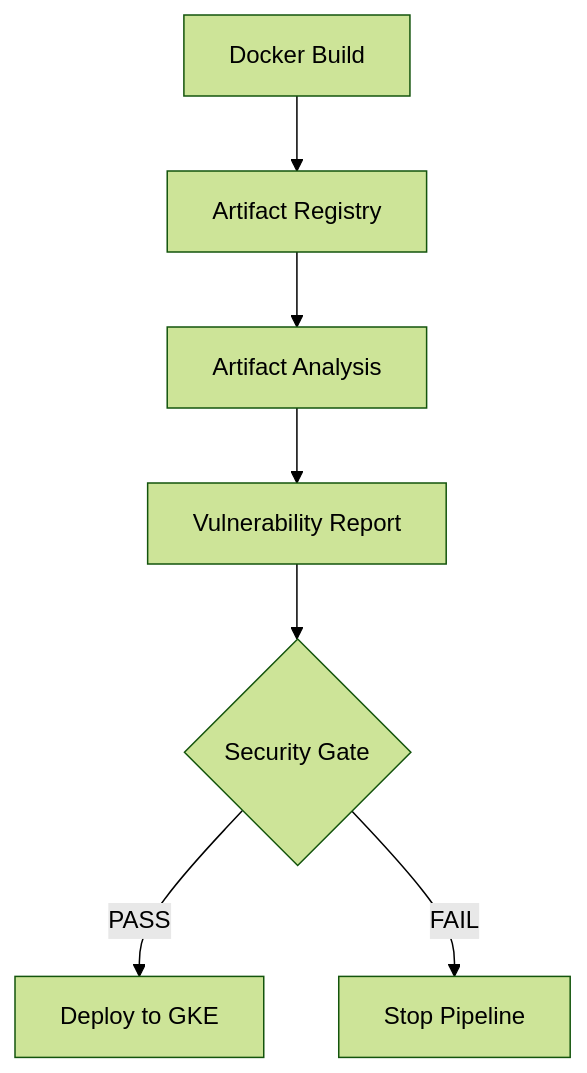
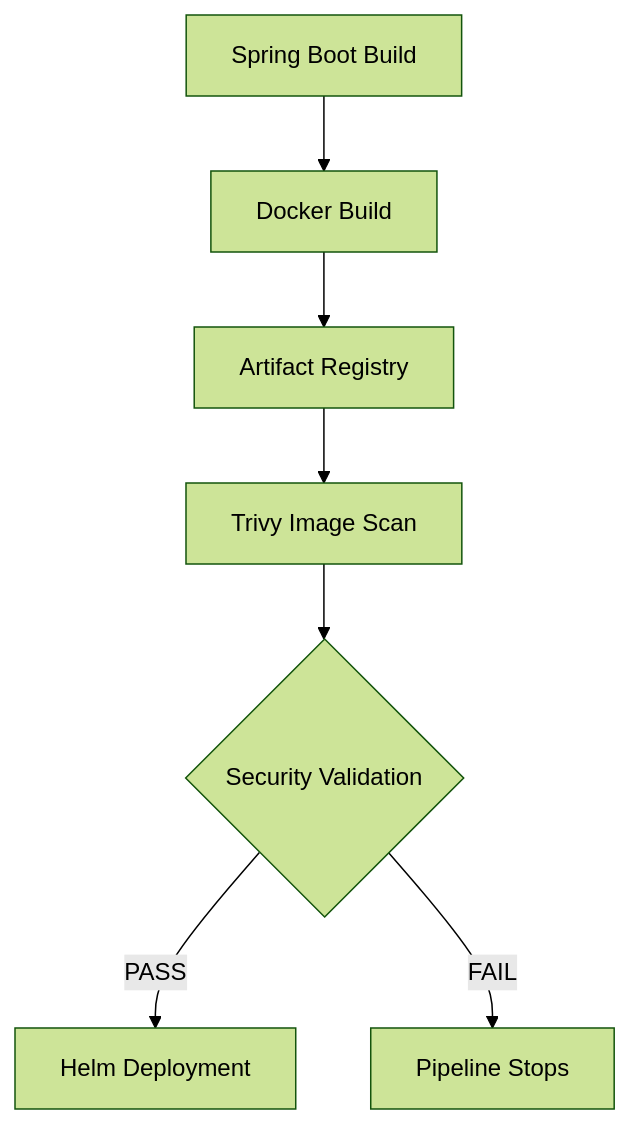
Before and after one commit to ssavaniya/gke-wif-deployment: the diagram in docs/09-container-security.md, drawn with Mermaid (forest theme). The commit also changed other lines of this file and 21 other files, not shown here.

````diff
--- a/docs/09-container-security.md
+++ b/docs/09-container-security.md
@@ -32,17 +33,17 @@
 ```mermaid
 flowchart TD
 
-A[Docker Build]
+A[Spring Boot Build]
 
-A --> B[Artifact Registry]
+A --> B[Docker Build]
 
-B --> C[Artifact Analysis]
+B --> C[Artifact Registry]
 
-C --> D[Vulnerability Report]
+C --> D[Trivy Image Scan]
 
-D --> E{Security Gate}
+D --> E{Security Validation}
 
-E -->|PASS| F[Deploy to GKE]
+E -->|PASS| F[Helm Deployment]
 
-E -->|FAIL| G[Stop Pipeline]
+E -->|FAIL| G[Pipeline Stops]
 ```
````
